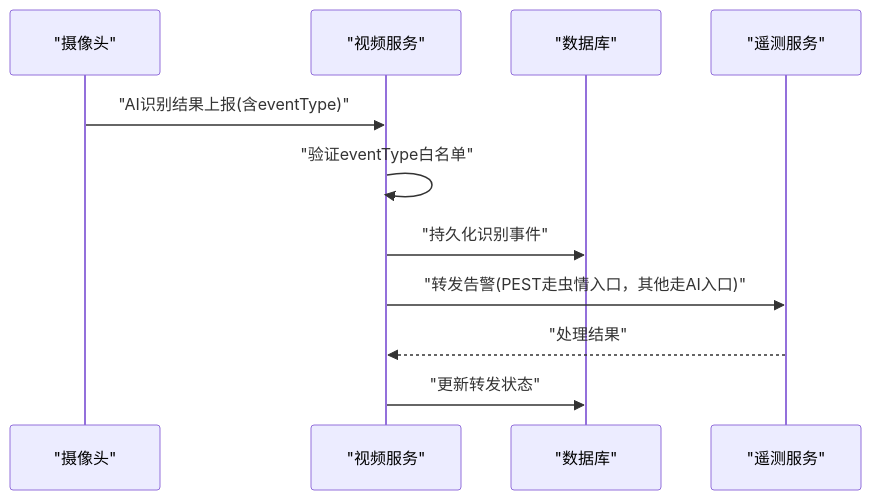
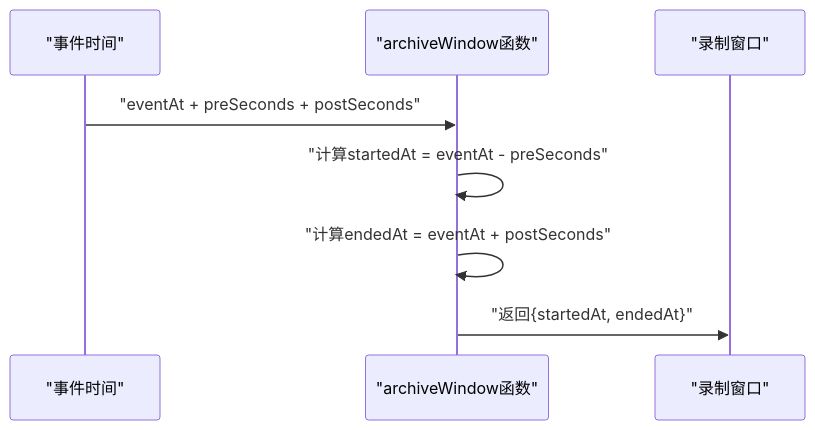
One commit to q446328246/agri-platform changed diagram 33 of 41 in .qoder/repowiki/zh/content/核心服务文档/其他业务服务.md. Above: the diagram before and after it, drawn with Mermaid. The commit also changed other lines of this file and 5 other files, not shown here.

````diff
--- a/.qoder/repowiki/zh/content/核心服务文档/其他业务服务.md
+++ b/.qoder/repowiki/zh/content/核心服务文档/其他业务服务.md
@@ -868,13 +888,10 @@
 ```mermaid
 sequenceDiagram
-participant CAM as "摄像头"
-participant VID as "视频服务"
-participant DB as "数据库"
-participant TEL as "遥测服务"
-CAM->>VID : "AI识别结果上报(含eventType)"
-VID->>VID : "验证eventType白名单"
-VID->>DB : "持久化识别事件"
-VID->>TEL : "转发告警(PEST走虫情入口，其他走AI入口)"
-TEL-->>VID : "处理结果"
-VID->>DB : "更新转发状态"
+participant EVENT as "事件时间"
+participant WIN as "archiveWindow函数"
+participant RESULT as "录制窗口"
+EVENT->>WIN : "eventAt + preSeconds + postSeconds"
+WIN->>WIN : "计算startedAt = eventAt - preSeconds"
+WIN->>WIN : "计算endedAt = eventAt + postSeconds"
+WIN->>RESULT : "返回{startedAt, endedAt}"
 ```
````
